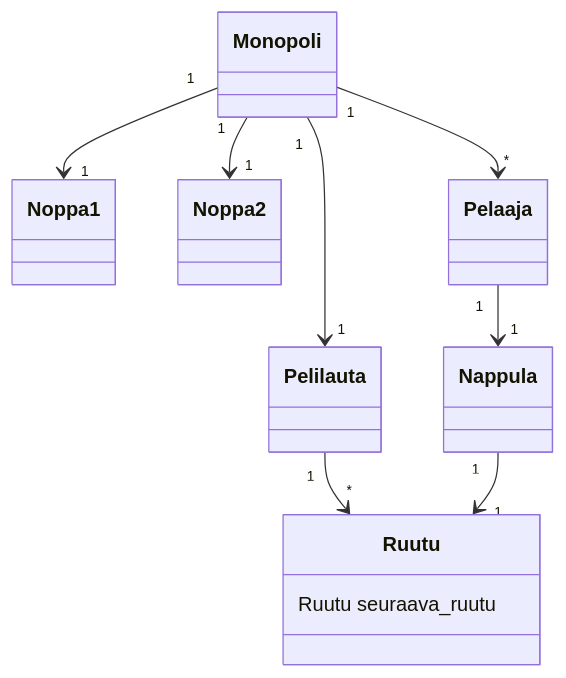
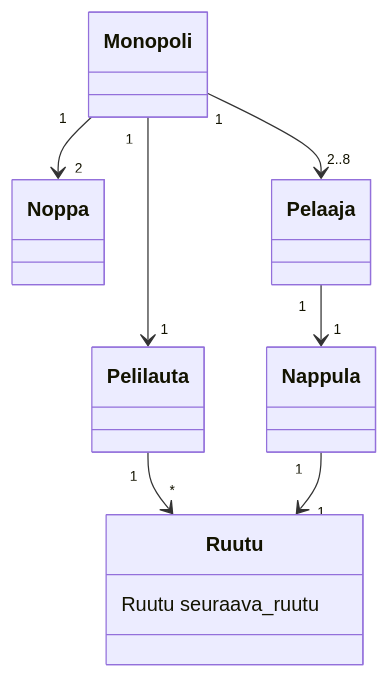
The diagram in laskarit/viikko3/tehtava1.md (jannelem/ot-harjoitustyo-jannelem), drawn with Mermaid before and after one commit.

````diff
--- a/laskarit/viikko3/tehtava1.md
+++ b/laskarit/viikko3/tehtava1.md
@@ -3,15 +3,14 @@
 ```mermaid
 	classDiagram
 		Monopoli "1" --> "1" Pelilauta
-		Monopoli "1" --> "1" Noppa1
-		Monopoli "1" --> "1" Noppa2
-		Monopoli "1" --> "*" Pelaaja
+		Monopoli "1" --> "2" Noppa
+		Monopoli "1" --> "2..8" Pelaaja
 		Pelaaja "1" --> "1" Nappula
 		Pelilauta "1" --> "*" Ruutu
 		Nappula "1" --> "1" Ruutu
 		
 		class Ruutu {
 			Ruutu seuraava_ruutu
 		}
 		
 ```
````
